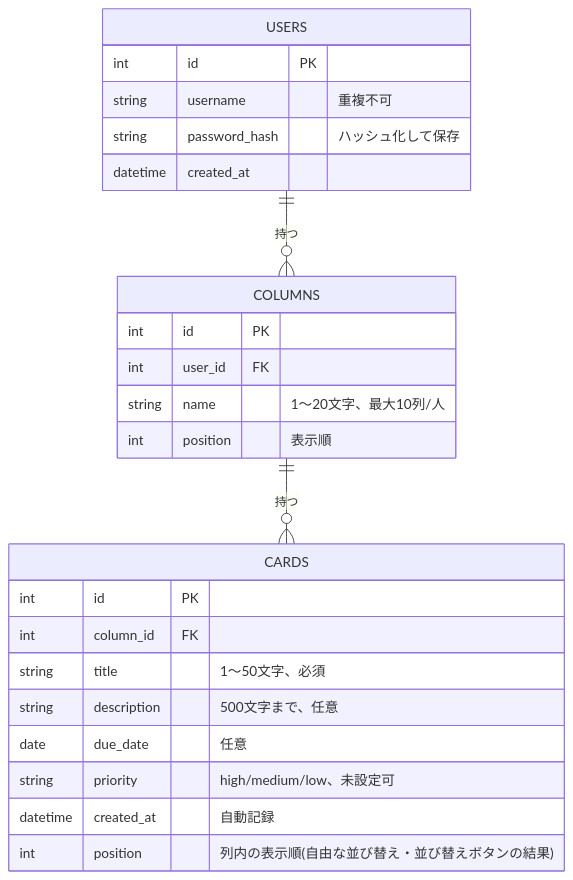
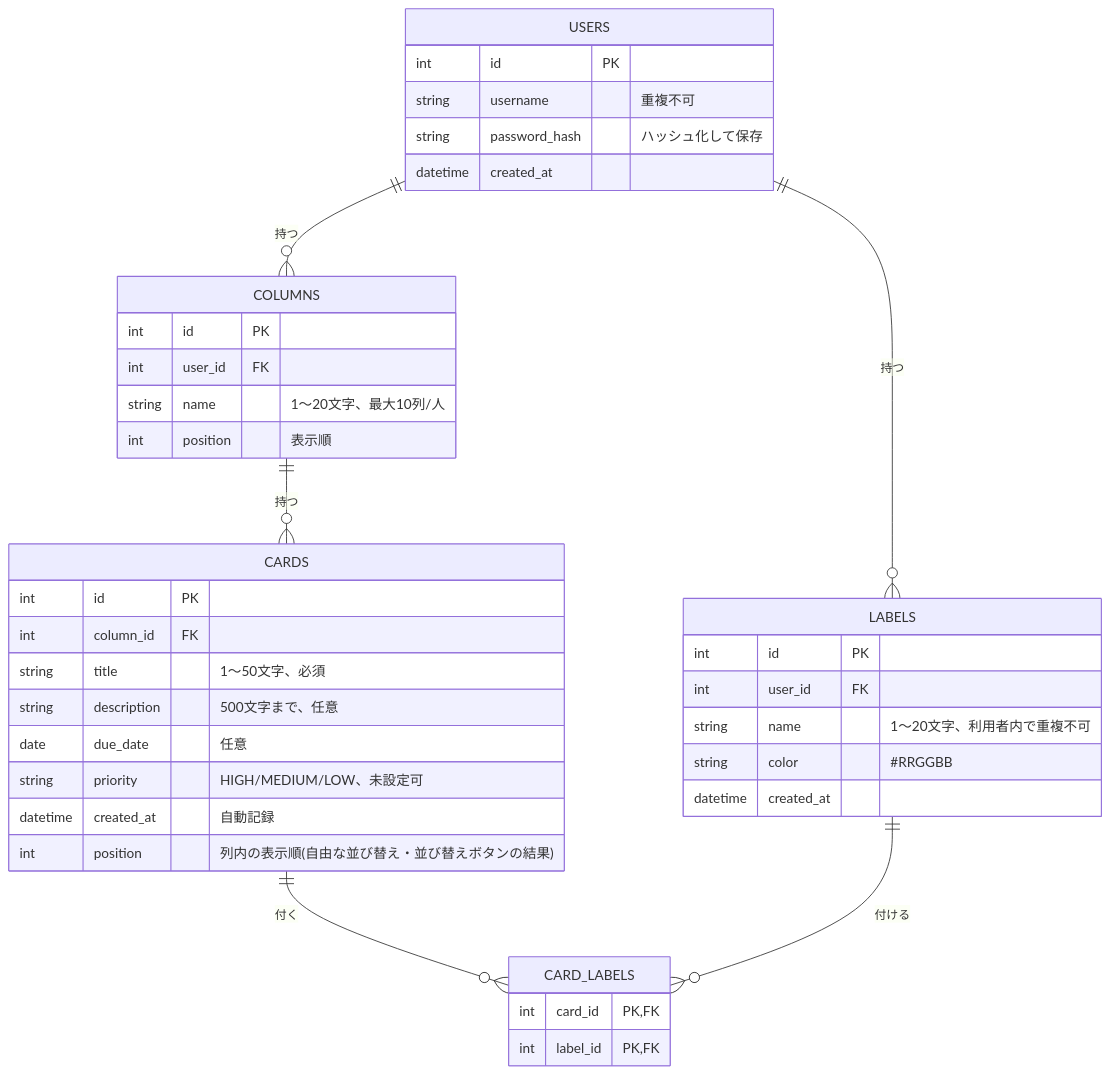
One commit to chengdanei48-beep/TaskManagment changed the third of 3 diagrams in docs/diagrams.md. Above: the diagram before and after it, drawn with Mermaid. The commit also changed other lines of this file and 5 other files, not shown here.

````diff
--- a/docs/diagrams.md
+++ b/docs/diagrams.md
@@ -78,28 +78,42 @@
 ```mermaid
 erDiagram
     USERS ||--o{ COLUMNS : "持つ"
     COLUMNS ||--o{ CARDS : "持つ"
+    USERS ||--o{ LABELS : "持つ"
+    CARDS ||--o{ CARD_LABELS : "付く"
+    LABELS ||--o{ CARD_LABELS : "付ける"
 
     USERS {
         int id PK
         string username "重複不可"
         string password_hash "ハッシュ化して保存"
         datetime created_at
     }
     COLUMNS {
         int id PK
         int user_id FK
         string name "1〜20文字、最大10列/人"
         int position "表示順"
     }
     CARDS {
         int id PK
         int column_id FK
         string title "1〜50文字、必須"
         string description "500文字まで、任意"
         date due_date "任意"
-        string priority "high/medium/low、未設定可"
+        string priority "HIGH/MEDIUM/LOW、未設定可"
         datetime created_at "自動記録"
         int position "列内の表示順(自由な並び替え・並び替えボタンの結果)"
     }
+    LABELS {
+        int id PK
+        int user_id FK
+        string name "1〜20文字、利用者内で重複不可"
+        string color "#RRGGBB"
+        datetime created_at
+    }
+    CARD_LABELS {
+        int card_id PK, FK
+        int label_id PK, FK
+    }
 ```
````
